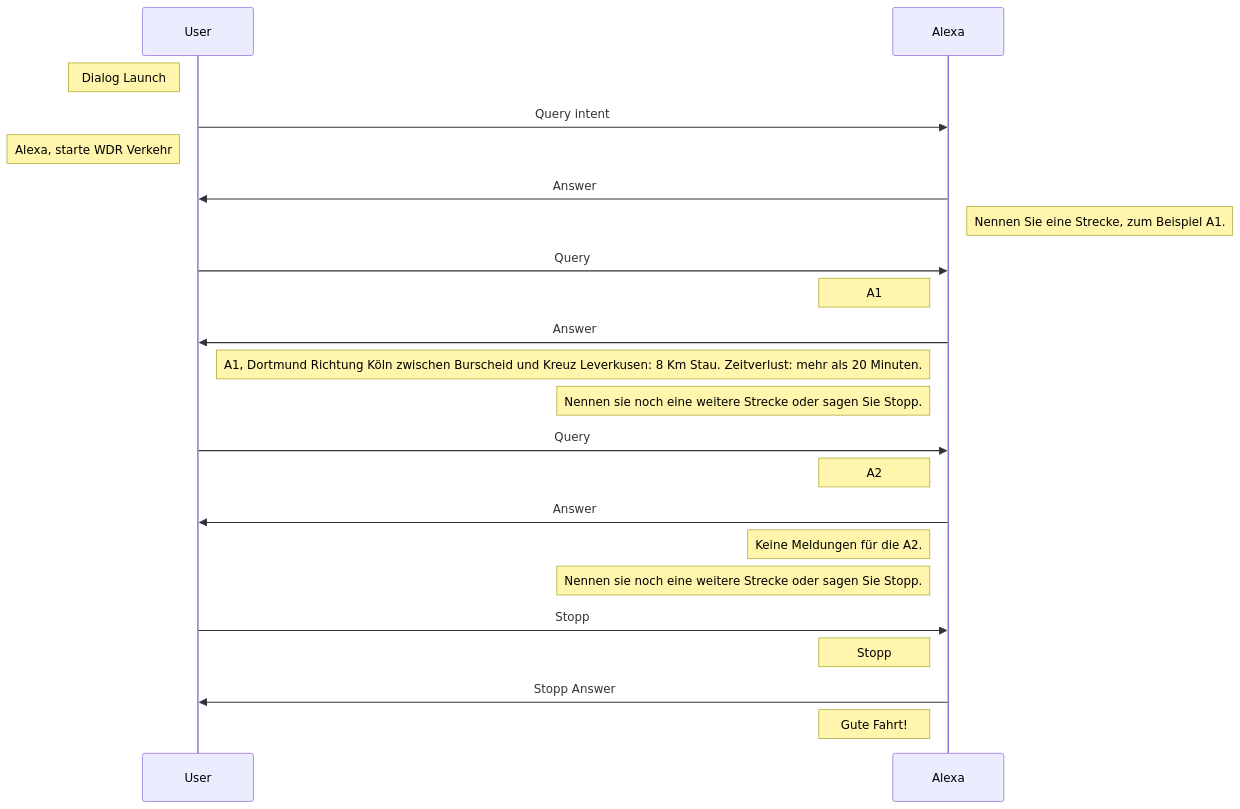
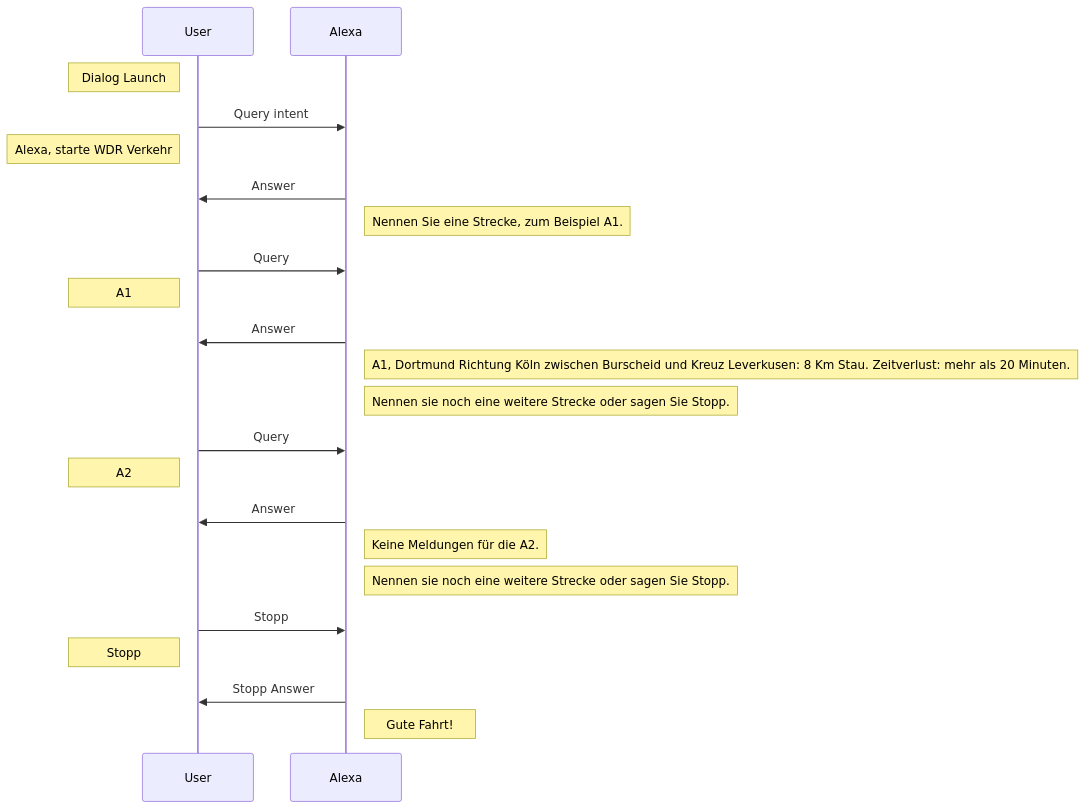
The first of 2 diagrams in index.md (wdr-data/alexa-stauschau), drawn with Mermaid before and after one commit. The commit also changed other lines of this file, not shown here.

Commit message:
:bento: Change position of notes again

```diff
--- a/index.md
+++ b/index.md
@@ -4,22 +4,22 @@
 <div class="mermaid">
 sequenceDiagram
 Note left of User: Dialog Launch
 User->> Alexa: Query intent
 Note left of User: Alexa, starte WDR Verkehr
 Alexa->> User: Answer
 Note right of Alexa: Nennen Sie eine Strecke, zum Beispiel A1.
 User->>Alexa: Query
-Note left of Alexa: A1
+Note left of User: A1
 Alexa->>User: Answer
-Note left of Alexa: A1, Dortmund Richtung Köln zwischen Burscheid und Kreuz Leverkusen: 8 Km Stau. Zeitverlust: mehr als 20 Minuten.
-Note left of Alexa: Nennen sie noch eine weitere Strecke oder sagen Sie Stopp.
+Note right of Alexa: A1, Dortmund Richtung Köln zwischen Burscheid und Kreuz Leverkusen: 8 Km Stau. Zeitverlust: mehr als 20 Minuten.
+Note right of Alexa: Nennen sie noch eine weitere Strecke oder sagen Sie Stopp.
 User->>Alexa: Query
-Note left of Alexa: A2
+Note left of User: A2
 Alexa->>User: Answer
-Note left of Alexa: Keine Meldungen für die A2.
-Note left of Alexa: Nennen sie noch eine weitere Strecke oder sagen Sie Stopp.
+Note right of Alexa: Keine Meldungen für die A2.
+Note right of Alexa: Nennen sie noch eine weitere Strecke oder sagen Sie Stopp.
 User->>Alexa: Stopp
-Note left of Alexa: Stopp
+Note left of User: Stopp
 Alexa->>User: Stopp Answer
-Note left of Alexa: Gute Fahrt!
+Note right of Alexa: Gute Fahrt!
 </div>
```
